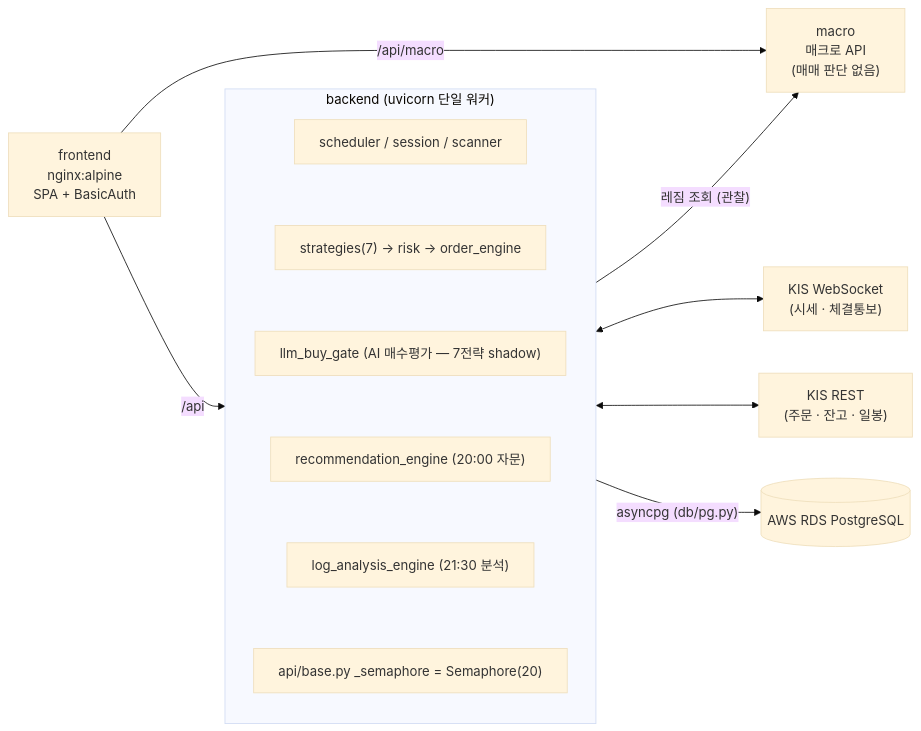
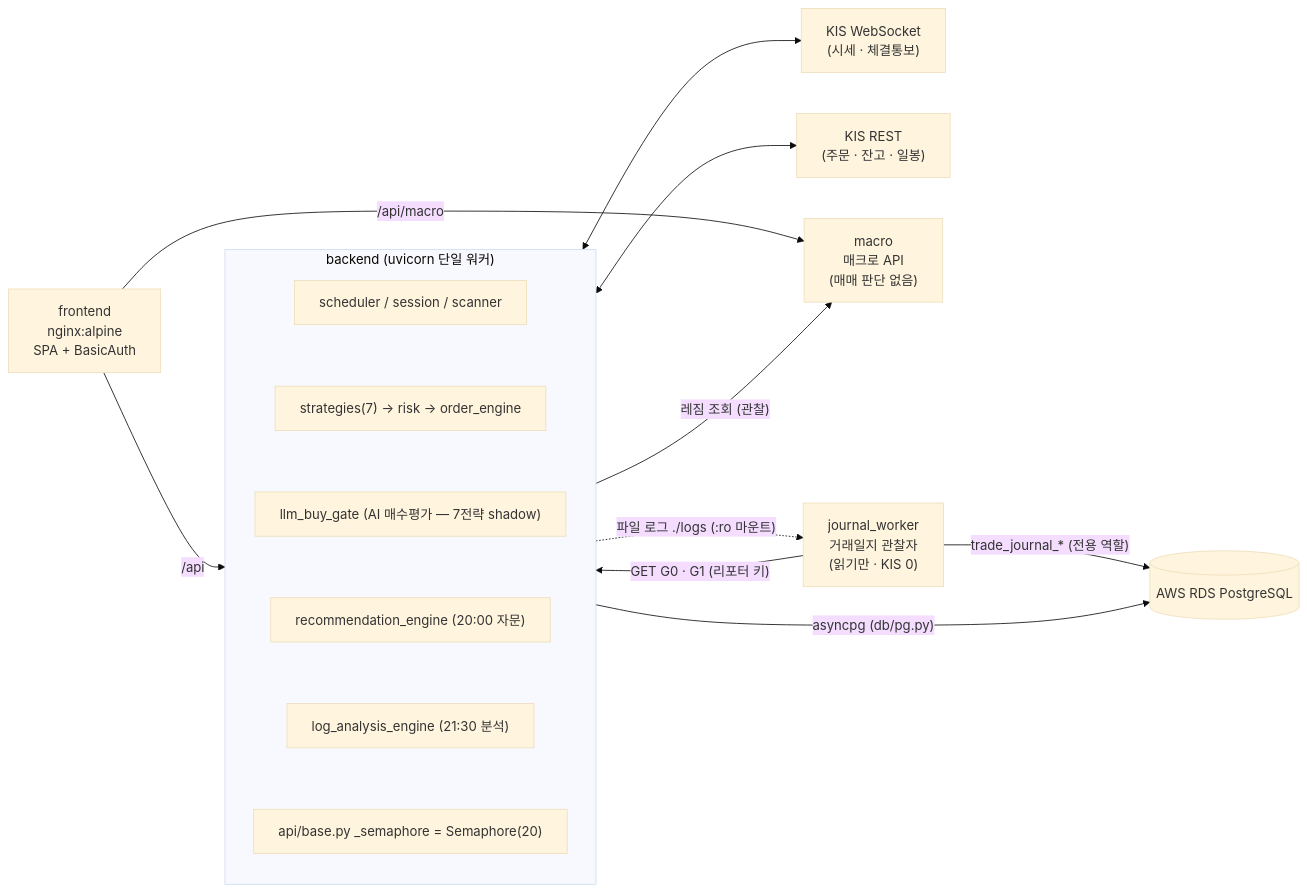
Diagram 20 of 27 in docs/architecture.md (canduk910/auto_stock), drawn with Mermaid (base theme) before and after one commit. The commit also changed other lines of this file and 11 other files, not shown here.

````diff
--- a/docs/architecture.md
+++ b/docs/architecture.md
@@ -1411,29 +1412,33 @@
 ```mermaid
 %%{init: {"flowchart": {"wrappingWidth": 360}}}%%
 flowchart LR
     FE["frontend<br/>nginx:alpine<br/>SPA + BasicAuth"]
     subgraph BE["backend (uvicorn 단일 워커)"]
         direction TB
         B1["scheduler / session / scanner"]
         B2["strategies(7) -> risk -> order_engine"]
         B3["llm_buy_gate (AI 매수평가 — 7전략 shadow)"]
         B4["recommendation_engine (20:00 자문)"]
         B5["log_analysis_engine (21:30 분석)"]
         B6["api/base.py _semaphore = Semaphore(20)"]
         B1 ~~~ B2
         B2 ~~~ B3
         B3 ~~~ B4
         B4 ~~~ B5
         B5 ~~~ B6
     end
     WS["KIS WebSocket<br/>(시세 · 체결통보)"]
     REST["KIS REST<br/>(주문 · 잔고 · 일봉)"]
     DB[("AWS RDS PostgreSQL")]
     MAC["macro<br/>매크로 API<br/>(매매 판단 없음)"]
+    JW["journal_worker<br/>거래일지 관찰자<br/>(읽기만 · KIS 0)"]
     FE -->|"/api"| BE
     FE -->|"/api/macro"| MAC
     BE <--> WS
     BE <--> REST
     BE -->|"asyncpg (db/pg.py)"| DB
     BE -->|"레짐 조회 (관찰)"| MAC
+    JW -->|"GET G0 · G1 (리포터 키)"| BE
+    BE -.->|"파일 로그 ./logs (:ro 마운트)"| JW
+    JW -->|"trade_journal_* (전용 역할)"| DB
 ```
````
